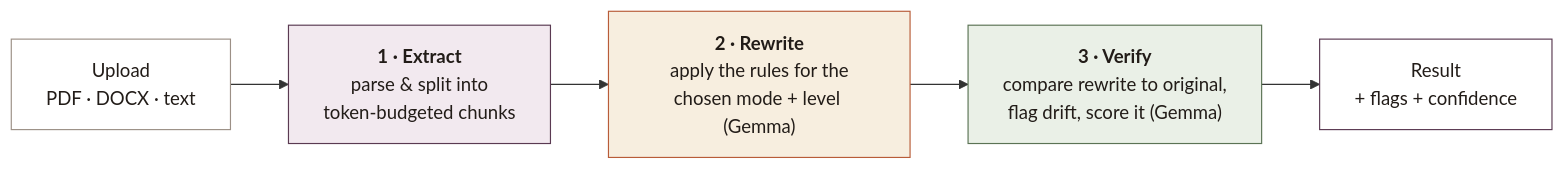
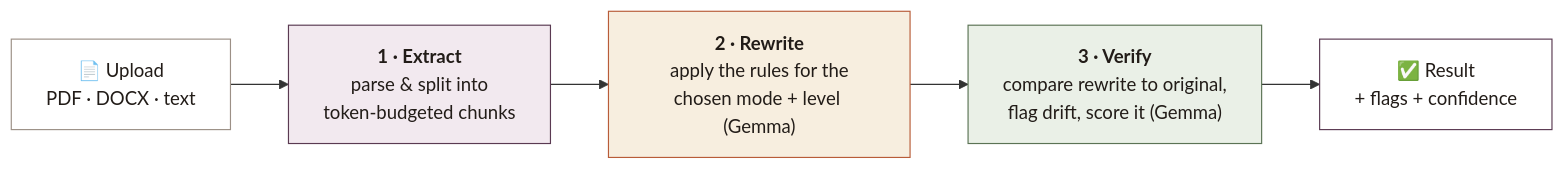
The second of 3 diagrams in README.md (DipannitaOrni/Lexi), drawn with Mermaid before and after one commit. The commit also changed other lines of this file, not shown here.

````diff
--- a/README.md
+++ b/README.md
@@ -119,13 +186,13 @@
 ```mermaid
 flowchart LR
-    U["Upload<br/>PDF · DOCX · text"] --> E["<b>1 · Extract</b><br/>parse &amp; split into<br/>token-budgeted chunks"]
+    U["📄 Upload<br/>PDF · DOCX · text"] --> E["<b>1 · Extract</b><br/>parse &amp; split into<br/>token-budgeted chunks"]
     E --> R["<b>2 · Rewrite</b><br/>apply the rules for the<br/>chosen mode + level (Gemma)"]
     R --> V["<b>3 · Verify</b><br/>compare rewrite to original,<br/>flag drift, score it (Gemma)"]
-    V --> Out["Result<br/>+ flags + confidence"]
+    V --> Out["✅ Result<br/>+ flags + confidence"]
 
     style E fill:#F2E9EF,stroke:#5A3A52,color:#221C18
     style R fill:#F7EEDF,stroke:#B85C38,color:#221C18
     style V fill:#EAF0E7,stroke:#5B7355,color:#221C18
     style Out fill:#fff,stroke:#5A3A52,color:#221C18
     style U fill:#fff,stroke:#9C9086,color:#221C18
 ```
````
